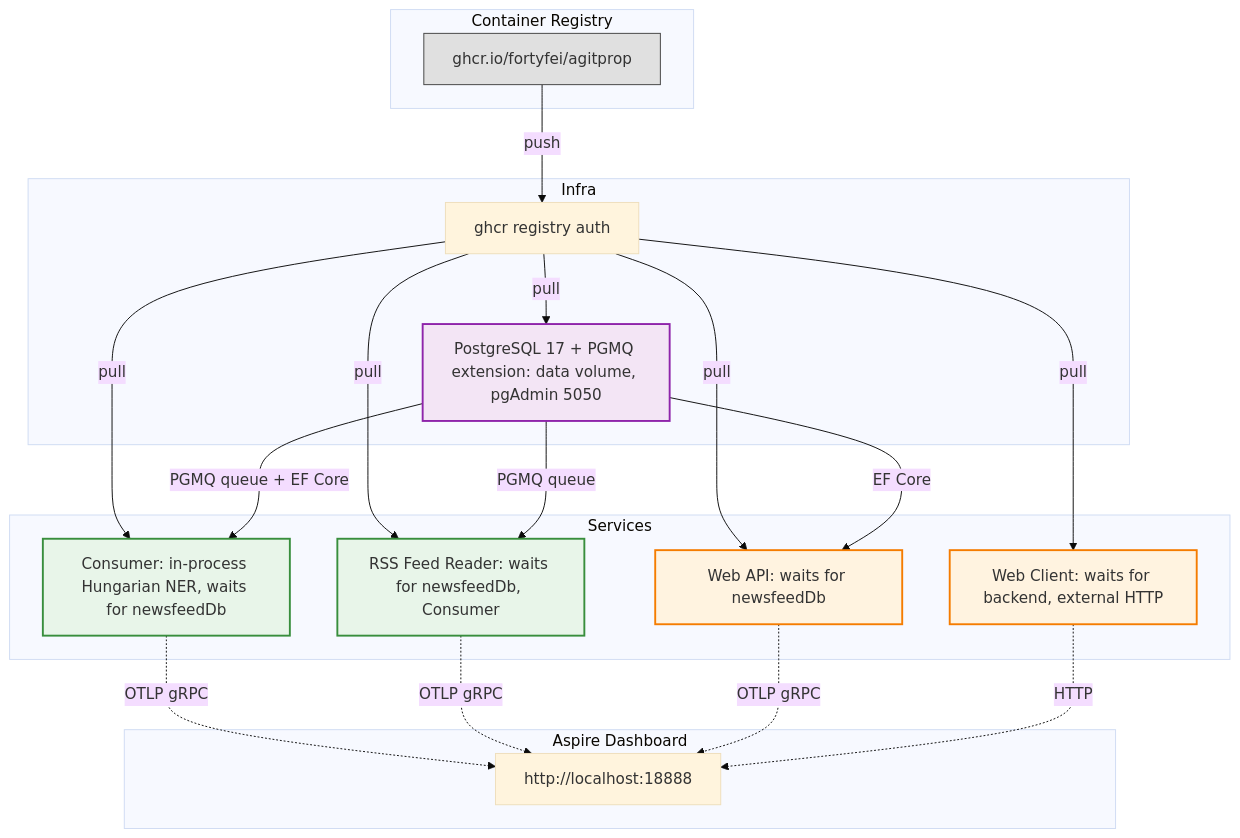
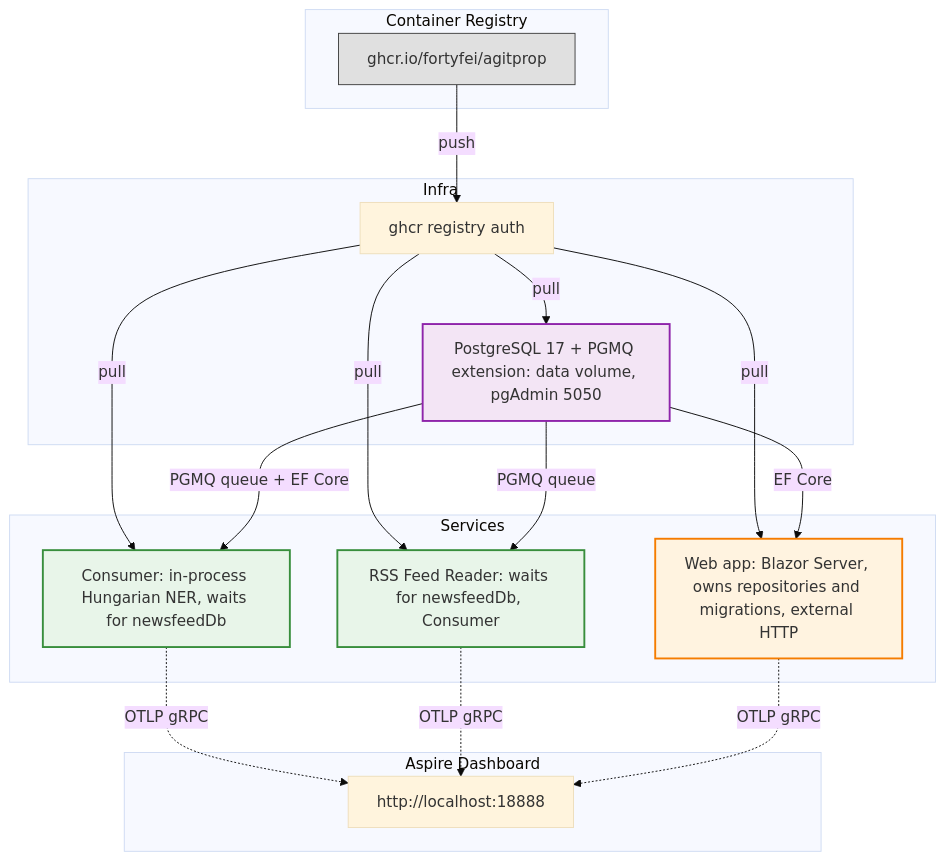
The diagram in .docs/architecture.md (Fortyfei/AgitpropScraper), drawn with Mermaid (base theme) before and after one commit. The commit also changed other lines of this file and 154 other files, not shown here.

First line of the commit message:
refactor: merge Web API into the Blazor app and generate deployment from Aspire

````diff
--- a/.docs/architecture.md
+++ b/.docs/architecture.md
@@ -14,48 +14,44 @@
 ```mermaid
 flowchart TB
     subgraph "Container Registry"
         REG[ghcr.io/fortyfei/agitprop]
     end
 
     subgraph "Aspire Dashboard"
         DIAG[http://localhost:18888]
     end
 
     %% Infrastructure
     subgraph "Infra"
         REG1[ghcr registry auth]
         PG[PostgreSQL 17 + PGMQ extension: data volume, pgAdmin 5050]
     end
 
     %% Services
     subgraph "Services"
         CON[Consumer: in-process Hungarian NER, waits for newsfeedDb]
         RSS[RSS Feed Reader: waits for newsfeedDb, Consumer]
-        WEB_API[Web API: waits for newsfeedDb]
-        WEB_CL[Web Client: waits for backend, external HTTP]
+        WEB[Web app: Blazor Server, owns repositories and migrations, external HTTP]
     end
 
     %% Connections
     REG -->|push| REG1
     REG1 -->|pull| PG
     REG1 -->|pull| CON
     REG1 -->|pull| RSS
-    REG1 -->|pull| WEB_API
-    REG1 -->|pull| WEB_CL
+    REG1 -->|pull| WEB
 
     PG -->|PGMQ queue + EF Core| CON
     PG -->|PGMQ queue| RSS
-    PG -->|EF Core| WEB_API
+    PG -->|EF Core| WEB
 
     CON -.->|OTLP gRPC| DIAG
     RSS -.->|OTLP gRPC| DIAG
-    WEB_API -.->|OTLP gRPC| DIAG
-    WEB_CL -.->|HTTP| DIAG
+    WEB -.->|OTLP gRPC| DIAG
 
     style CON fill:#e8f5e9,stroke:#388e3c,stroke-width:2px
     style RSS fill:#e8f5e9,stroke:#388e3c,stroke-width:2px
-    style WEB_API fill:#fff3e0,stroke:#f57c00,stroke-width:2px
-    style WEB_CL fill:#fff3e0,stroke:#f57c00,stroke-width:2px
+    style WEB fill:#fff3e0,stroke:#f57c00,stroke-width:2px
     style PG fill:#f3e5f5,stroke:#8e24aa,stroke-width:2px
     style REG fill:#e0e0e0,stroke:#424242,stroke-width:1px
 ```
````
